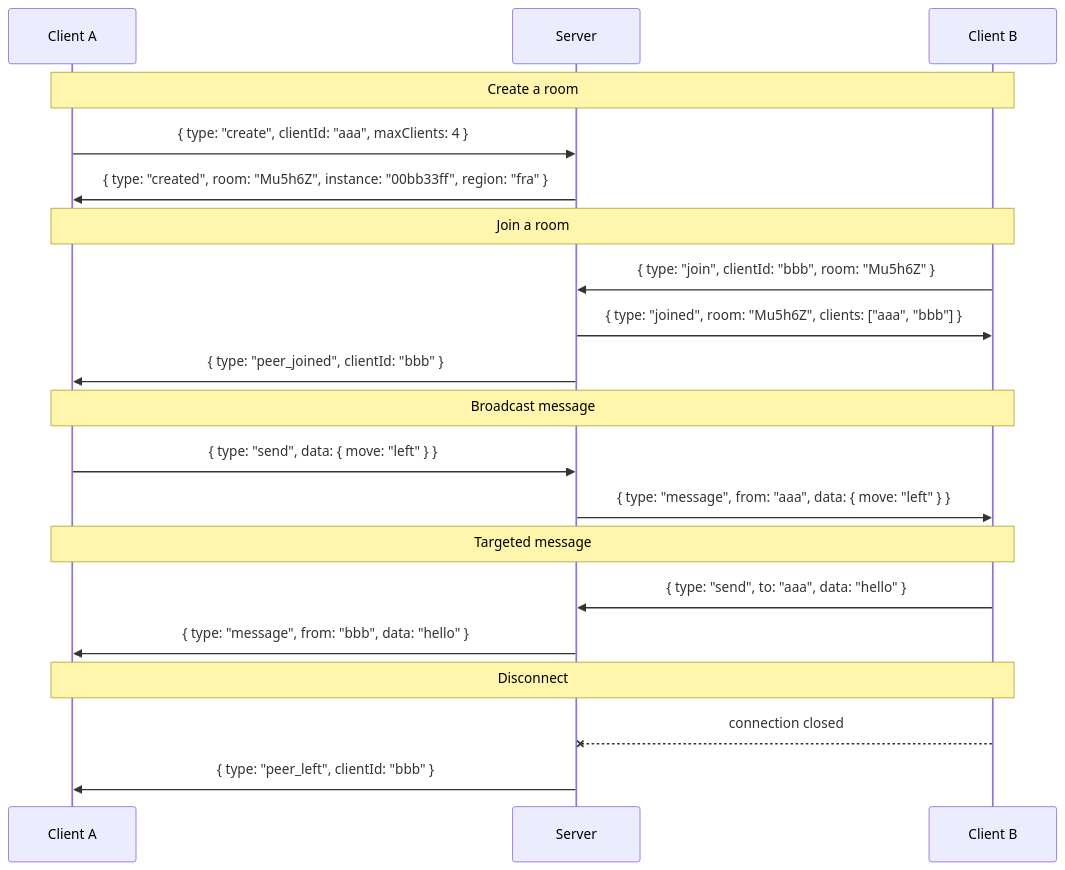
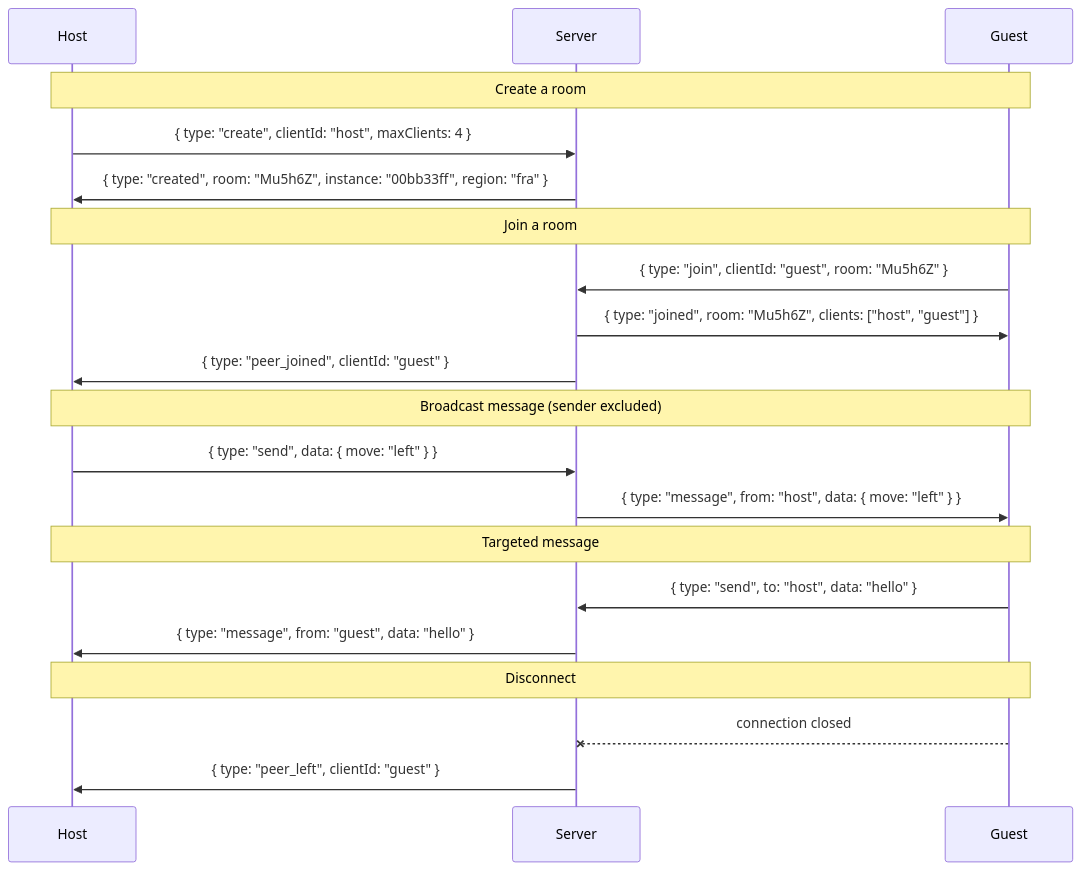
One commit to tim4724/Party-Sockets changed the diagram in README.md. Above: the diagram before and after it, drawn with Mermaid. The commit also changed other lines of this file, not shown here.

````diff
--- a/README.md
+++ b/README.md
@@ -100,27 +88,27 @@
 ```mermaid
 sequenceDiagram
-    participant A as Client A
+    participant H as Host
     participant S as Server
-    participant B as Client B
+    participant G as Guest
 
-    Note over A,B: Create a room
-    A->>S: { type: "create", clientId: "aaa", maxClients: 4 }
-    S->>A: { type: "created", room: "Mu5h6Z", instance: "00bb33ff", region: "fra" }
+    Note over H,G: Create a room
+    H->>S: { type: "create", clientId: "host", maxClients: 4 }
+    S->>H: { type: "created", room: "Mu5h6Z", instance: "00bb33ff", region: "fra" }
 
-    Note over A,B: Join a room
-    B->>S: { type: "join", clientId: "bbb", room: "Mu5h6Z" }
-    S->>B: { type: "joined", room: "Mu5h6Z", clients: ["aaa", "bbb"] }
-    S->>A: { type: "peer_joined", clientId: "bbb" }
+    Note over H,G: Join a room
+    G->>S: { type: "join", clientId: "guest", room: "Mu5h6Z" }
+    S->>G: { type: "joined", room: "Mu5h6Z", clients: ["host", "guest"] }
+    S->>H: { type: "peer_joined", clientId: "guest" }
 
-    Note over A,B: Broadcast message
-    A->>S: { type: "send", data: { move: "left" } }
-    S->>B: { type: "message", from: "aaa", data: { move: "left" } }
+    Note over H,G: Broadcast message (sender excluded)
+    H->>S: { type: "send", data: { move: "left" } }
+    S->>G: { type: "message", from: "host", data: { move: "left" } }
 
-    Note over A,B: Targeted message
-    B->>S: { type: "send", to: "aaa", data: "hello" }
-    S->>A: { type: "message", from: "bbb", data: "hello" }
+    Note over H,G: Targeted message
+    G->>S: { type: "send", to: "host", data: "hello" }
+    S->>H: { type: "message", from: "guest", data: "hello" }
 
-    Note over A,B: Disconnect
-    B--xS: connection closed
-    S->>A: { type: "peer_left", clientId: "bbb" }
+    Note over H,G: Disconnect
+    G--xS: connection closed
+    S->>H: { type: "peer_left", clientId: "guest" }
 ```
````
